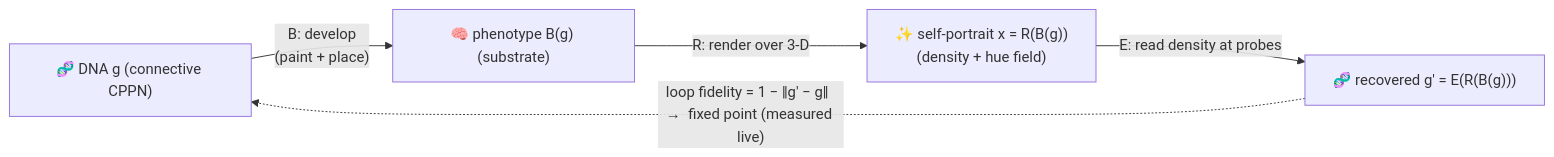
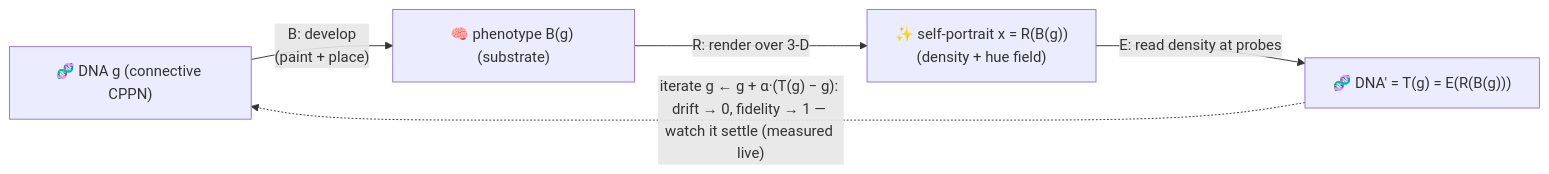
The diagram in docs/WHITEPAPER.md (admiralakber/autograph), drawn with Mermaid before and after one commit. The commit also changed other lines of this file and 1 other file, not shown here.

Commit message:
docs: describe the loop as an iterated fixed point, not a one-step score
VISION and WHITEPAPER (3.1 + the diagram) now match the implementation: the
compose-and-read-back map T is iterated under relaxation until it settles, an
evolved self-encoder converges to a true fixed point (fidelity -> 1.000) you can
watch close, and a random creature only partially closes — shown honestly.

````diff
--- a/docs/WHITEPAPER.md
+++ b/docs/WHITEPAPER.md
@@ -56,7 +58,7 @@
 ```mermaid
 flowchart LR
   G["🧬 DNA g (connective CPPN)"] -->|"B: develop<br/>(paint + place)"| P["🧠 phenotype B(g) (substrate)"]
   P -->|"R: render over 3-D"| X["✨ self-portrait x = R(B(g))<br/>(density + hue field)"]
-  X -->|"E: read density at probes"| G2["🧬 recovered g′ = E(R(B(g)))"]
-  G2 -. "loop fidelity = 1 − ‖g′ − g‖  →  fixed point (measured live)" .-> G
+  X -->|"E: read density at probes"| G2["🧬 DNA′ = T(g) = E(R(B(g)))"]
+  G2 -. "iterate g ← g + α·(T(g) − g): drift → 0, fidelity → 1 — watch it settle (measured live)" .-> G
 ```
````
